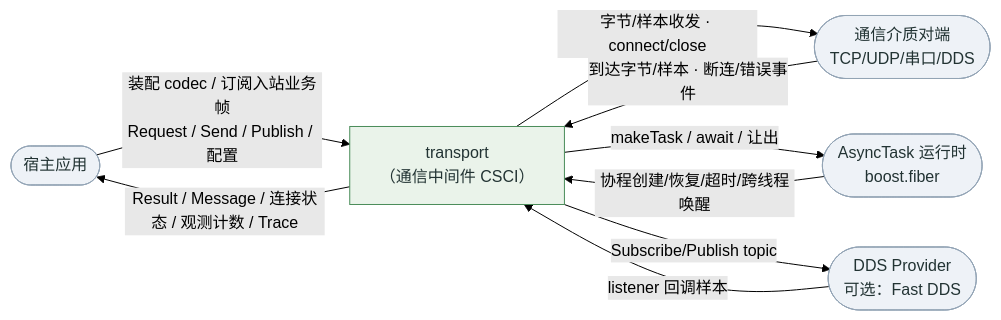
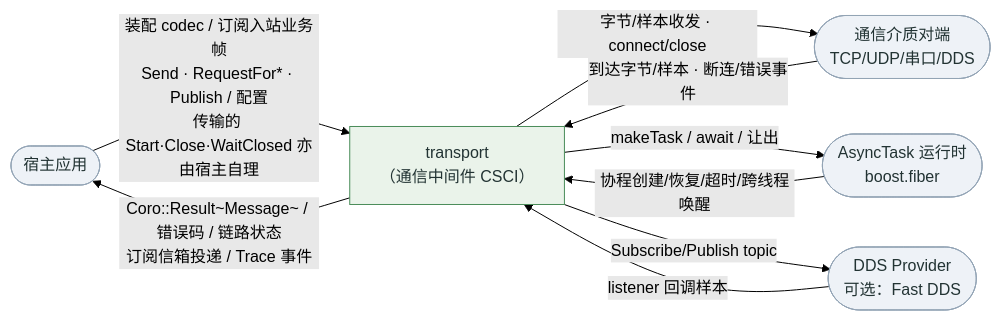
Before and after one commit to Ste7an-cs/Transport: the diagram in docs/diagrams/dfd-context.mmd, drawn with Mermaid (forest theme). The commit also changed 18 other files, not shown here.

First line of the commit message:
docs(sdd): 全量复核余下九张图,修正八张的过时描述并补编译面标注

```diff
--- a/docs/diagrams/dfd-context.mmd
+++ b/docs/diagrams/dfd-context.mmd
@@ -1,24 +1,24 @@
 flowchart LR
     APP([宿主应用])
     MEDIA([通信介质对端<br/>TCP/UDP/串口/DDS])
     RT([AsyncTask 运行时<br/>boost.fiber])
     DDS([DDS Provider<br/>可选：Fast DDS])
 
     TRANSPORT["transport<br/>（通信中间件 CSCI）"]
 
-    APP -->|装配 codec / 订阅入站业务帧<br/>Request / Send / Publish / 配置| TRANSPORT
-    TRANSPORT -->|Result / Message / 连接状态 / 观测计数 / Trace| APP
+    APP -->|"装配 codec / 订阅入站业务帧<br/>Send · RequestFor* · Publish / 配置<br/>传输的 Start·Close·WaitClosed 亦由宿主自理"| TRANSPORT
+    TRANSPORT -->|"Coro::Result~Message~ / 错误码 / 链路状态<br/>订阅信箱投递 / Trace 事件"| APP
 
     TRANSPORT -->|字节/样本收发 · connect/close| MEDIA
     MEDIA -->|到达字节/样本 · 断连/错误事件| TRANSPORT
 
     TRANSPORT -->|makeTask / await / 让出| RT
     RT -->|协程创建/恢复/超时/跨线程唤醒| TRANSPORT
 
     TRANSPORT -->|Subscribe/Publish topic| DDS
     DDS -->|listener 回调样本| TRANSPORT
 
     classDef ext fill:#eef2f7,stroke:#93a4b5,color:#233;
     classDef core fill:#eaf3ea,stroke:#4a8c5a,color:#233;
     class APP,MEDIA,RT,DDS ext;
     class TRANSPORT core;
```
